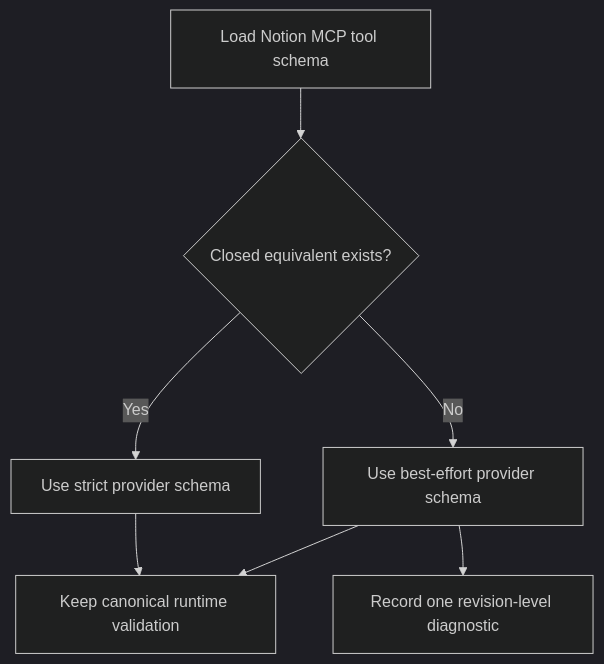
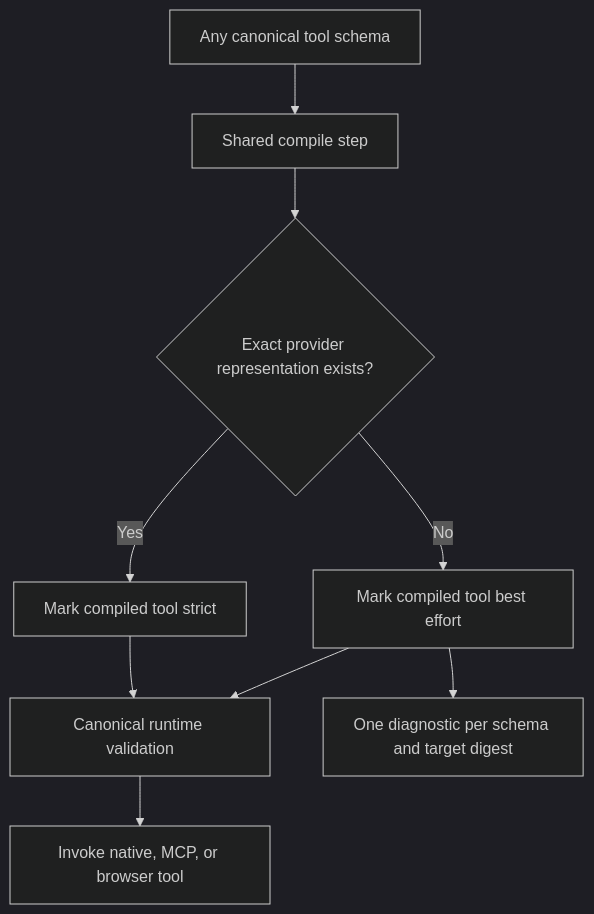
Before and after one commit to kpsuperplane/Noema: diagram 21 of 26 in docs/superpowers/plans/2026-08-08-noema-practical-reliability-roadmap.md, drawn with Mermaid (dark theme). The commit also changed other lines of this file, not shown here.

Commit message:
docs: generalize schema and action authority roadmap

````diff
--- a/docs/superpowers/plans/2026-08-08-noema-practical-reliability-roadmap.md
+++ b/docs/superpowers/plans/2026-08-08-noema-practical-reliability-roadmap.md
@@ -951,14 +973,17 @@
 ```mermaid
 flowchart TD
-    A["Load Notion MCP tool schema"]
-    B{"Closed equivalent exists?"}
-    C["Use strict provider schema"]
-    D["Use best-effort provider schema"]
-    E["Keep canonical runtime validation"]
-    F["Record one revision-level diagnostic"]
+    A["Any canonical tool schema"]
+    B["Shared compile step"]
+    C{"Exact provider representation exists?"}
+    D["Mark compiled tool strict"]
+    E["Mark compiled tool best effort"]
+    F["Canonical runtime validation"]
+    G["Invoke native, MCP, or browser tool"]
+    H["One diagnostic per schema and target digest"]
 
-    A --> B
-    B -->|Yes| C --> E
-    B -->|No| D --> E
-    D --> F
+    A --> B --> C
+    C -->|Yes| D --> F
+    C -->|No| E --> F
+    E --> H
+    F --> G
 ```
````
